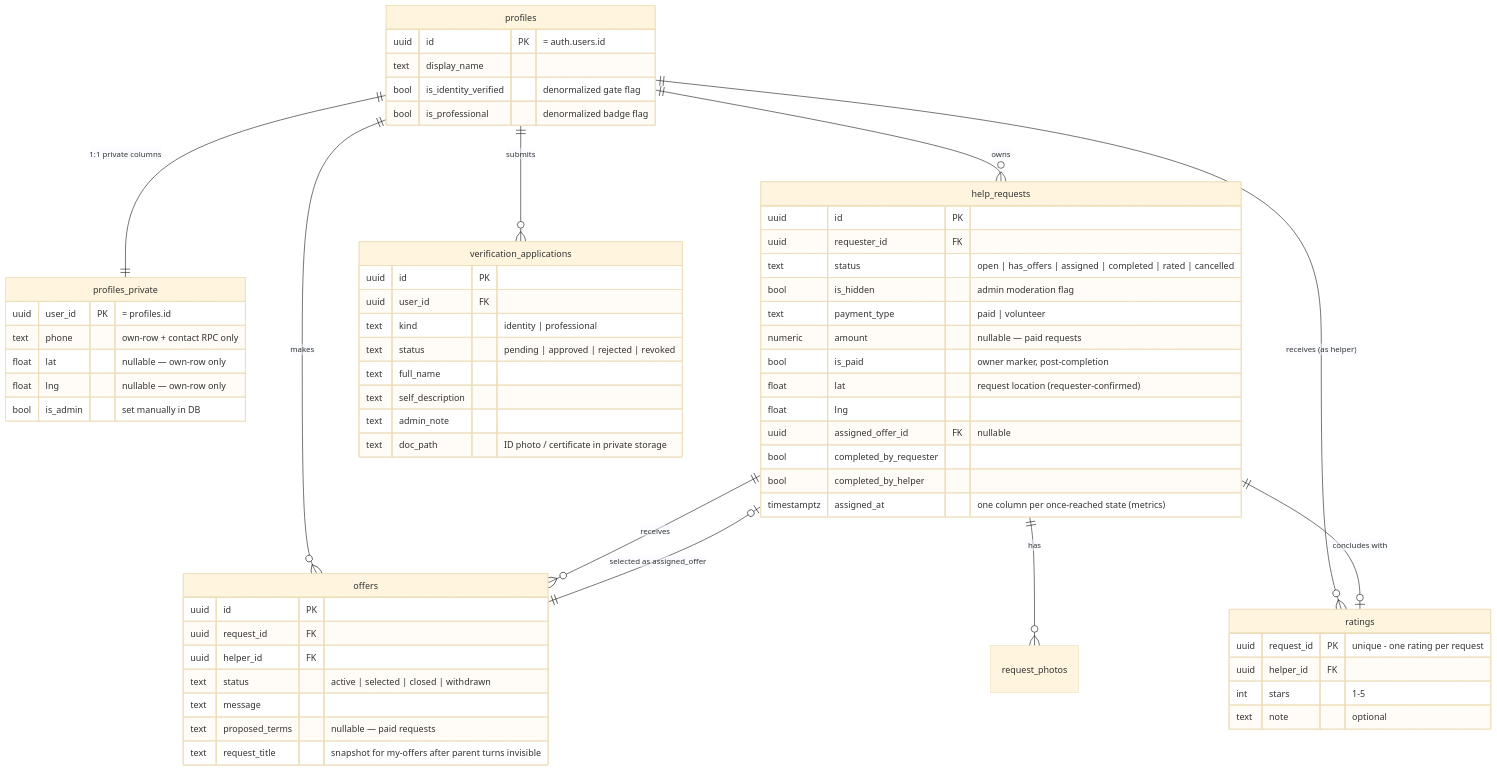
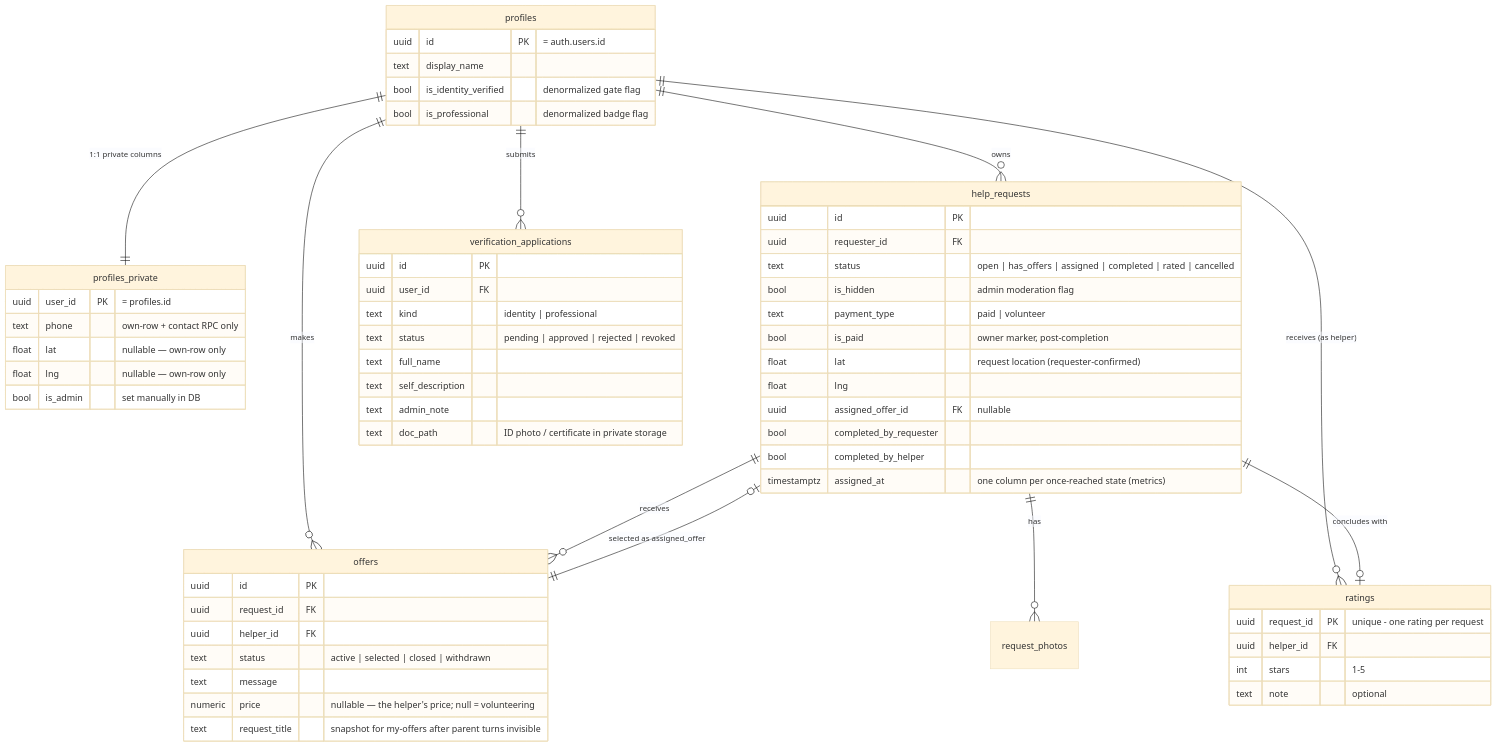
The second of 4 diagrams in docs/02-architecture.md (YuvGev00/ihelp), drawn with Mermaid (base theme) before and after one commit. The commit also changed other lines of this file and 21 other files, not shown here.

````diff
--- a/docs/02-architecture.md
+++ b/docs/02-architecture.md
@@ -100,66 +100,65 @@
 ```mermaid
 erDiagram
     profiles ||--|| profiles_private : "1:1 private columns"
     profiles ||--o{ help_requests : "owns"
     profiles ||--o{ offers : "makes"
     profiles ||--o{ verification_applications : "submits"
     profiles ||--o{ ratings : "receives (as helper)"
     help_requests ||--o{ offers : "receives"
     help_requests ||--o{ request_photos : "has"
     help_requests ||--o| ratings : "concludes with"
     offers ||--o| help_requests : "selected as assigned_offer"
 
     profiles {
         uuid id PK "= auth.users.id"
         text display_name
         bool is_identity_verified "denormalized gate flag"
         bool is_professional "denormalized badge flag"
     }
     profiles_private {
         uuid user_id PK "= profiles.id"
         text phone "own-row + contact RPC only"
         float lat "nullable — own-row only"
         float lng "nullable — own-row only"
         bool is_admin "set manually in DB"
     }
     verification_applications {
         uuid id PK
         uuid user_id FK
         text kind "identity | professional"
         text status "pending | approved | rejected | revoked"
         text full_name
         text self_description
         text admin_note
         text doc_path "ID photo / certificate in private storage"
     }
     help_requests {
         uuid id PK
         uuid requester_id FK
         text status "open | has_offers | assigned | completed | rated | cancelled"
         bool is_hidden "admin moderation flag"
         text payment_type "paid | volunteer"
-        numeric amount "nullable — paid requests"
         bool is_paid "owner marker, post-completion"
         float lat "request location (requester-confirmed)"
         float lng
         uuid assigned_offer_id FK "nullable"
         bool completed_by_requester
         bool completed_by_helper
         timestamptz assigned_at "one column per once-reached state (metrics)"
     }
     offers {
         uuid id PK
         uuid request_id FK
         uuid helper_id FK
         text status "active | selected | closed | withdrawn"
         text message
-        text proposed_terms "nullable — paid requests"
+        numeric price "nullable — the helper's price; null = volunteering"
         text request_title "snapshot for my-offers after parent turns invisible"
     }
     ratings {
         uuid request_id PK "unique - one rating per request"
         uuid helper_id FK
         int stars "1-5"
         text note "optional"
     }
 ```
````
